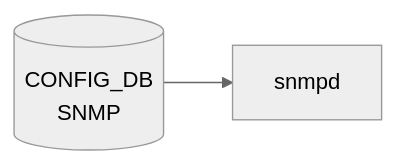
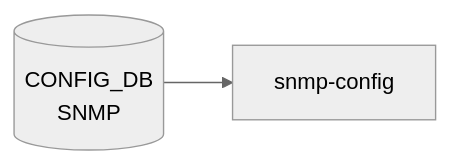
One commit to aoki-taquan/sonic-unofficial-docs changed the diagram in docs/reference/config-db/snmp.md. Above: the diagram before and after it, drawn with Mermaid (neutral theme). The commit also changed 13 other files, not shown here.

````diff
--- a/docs/reference/config-db/snmp.md
+++ b/docs/reference/config-db/snmp.md
@@ -32,6 +32,6 @@
 ```mermaid
 flowchart LR
   CDB[("CONFIG_DB<br/>SNMP")]
-  DM["snmpd"]
+  DM["snmp-config"]
   CDB --> DM
 ```
````
